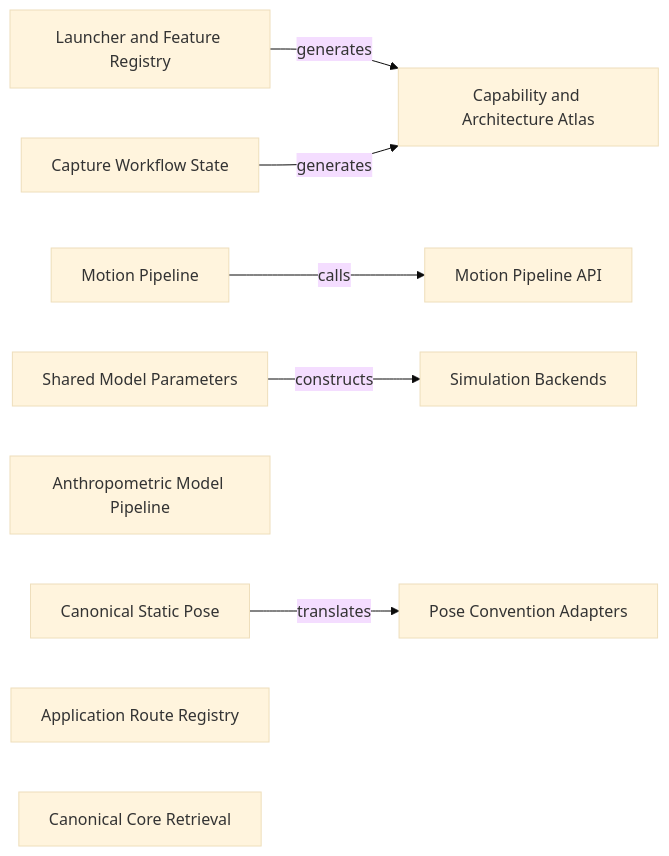
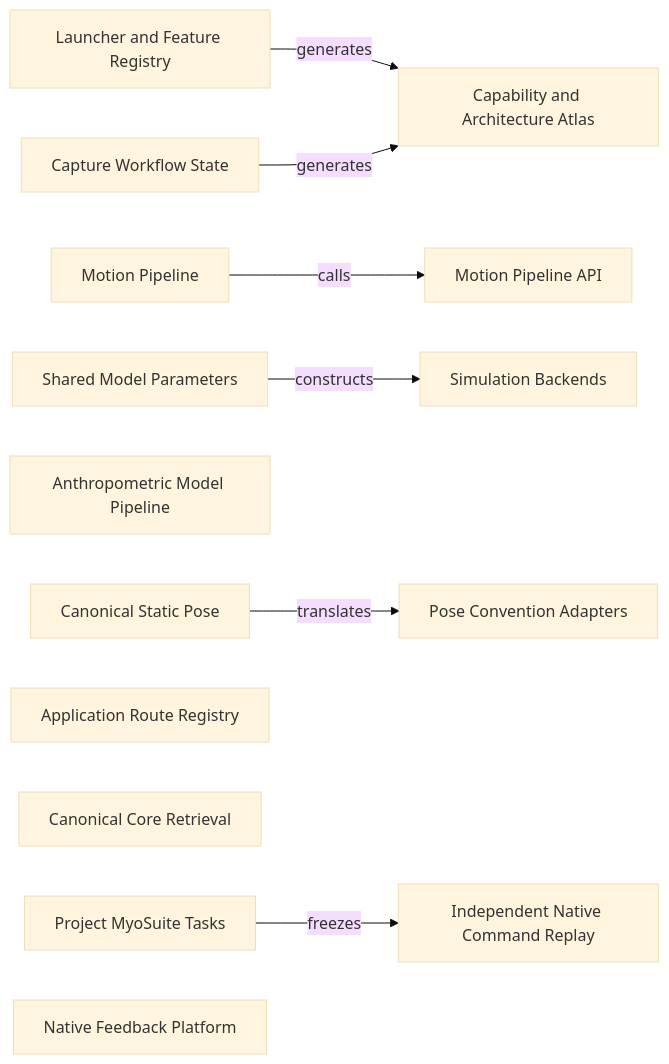
Before and after one commit to D-sorganization/UpstreamDrift: the diagram in docs/agent_context/README.md, drawn with Mermaid (base theme). The commit also changed other lines of this file and 250 other files, not shown here.

First line of the commit message:
feat(control): consolidate F09/F10 Native Platform Integration and Control Stack (#11996, #12005, #12011, #12017, #12033, #12034, #12041, #12053, #12058, #12066, #12135) (#12141)

````diff
--- a/docs/agent_context/README.md
+++ b/docs/agent_context/README.md
@@ -179,20 +219,24 @@
 ```mermaid
 flowchart LR
     n0["Launcher and Feature Registry"]
     n1["Capability and Architecture Atlas"]
     n2["Motion Pipeline"]
     n3["Motion Pipeline API"]
     n4["Shared Model Parameters"]
     n5["Simulation Backends"]
     n6["Canonical Static Pose"]
     n7["Pose Convention Adapters"]
     n8["Anthropometric Model Pipeline"]
     n9["Capture Workflow State"]
     n10["Application Route Registry"]
     n11["Canonical Core Retrieval"]
+    n12["Project MyoSuite Tasks"]
+    n13["Independent Native Command Replay"]
+    n14["Native Feedback Platform"]
     n2 -->|"calls"| n3
     n4 -->|"constructs"| n5
     n6 -->|"translates"| n7
     n0 -->|"generates"| n1
     n9 -->|"generates"| n1
+    n12 -->|"freezes"| n13
 ```
````
